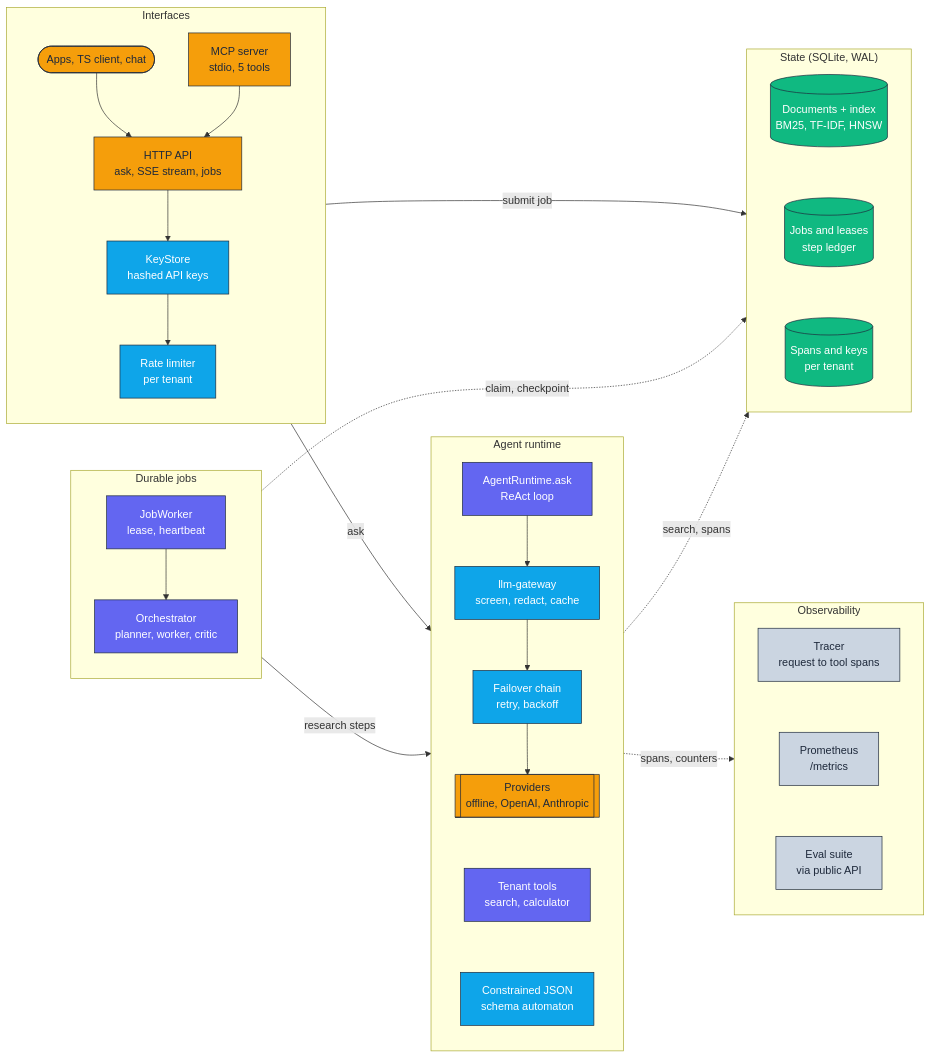
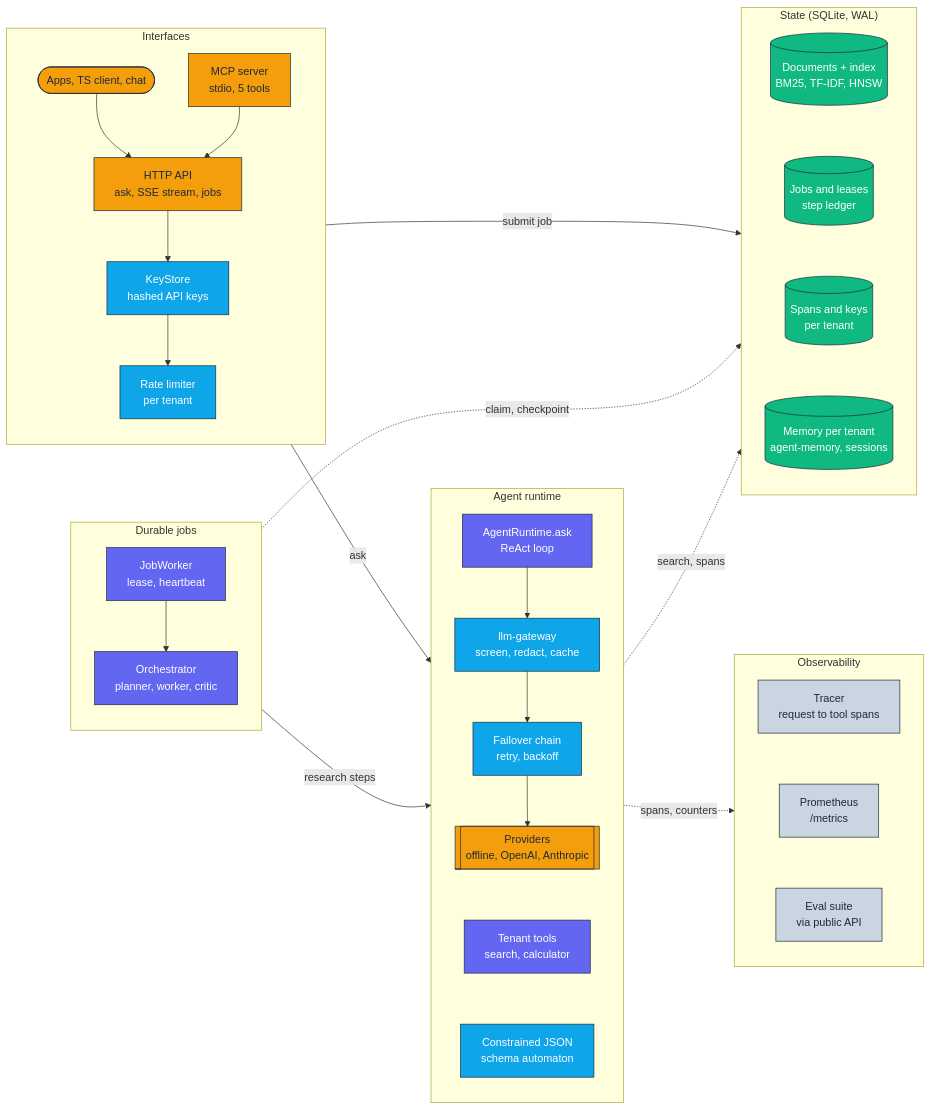
Before and after one commit to adeoluo/agent-platform: the diagram in docs/architecture/architecture.mmd, drawn with Mermaid. The commit also changed 12 other files, not shown here.

First line of the commit message:
Per-tenant conversation memory with cited recall (#1)

```diff
--- a/docs/architecture/architecture.mmd
+++ b/docs/architecture/architecture.mmd
@@ -1,58 +1,59 @@
 flowchart LR
     classDef edge     fill:#F59E0B,stroke:#1E293B,color:#1E293B,stroke-width:1px;
     classDef core     fill:#6366F1,stroke:#1E293B,color:#ffffff,stroke-width:1px;
     classDef data     fill:#10B981,stroke:#1E293B,color:#ffffff,stroke-width:1px;
     classDef control  fill:#0EA5E9,stroke:#1E293B,color:#ffffff,stroke-width:1px;
     classDef obs      fill:#CBD5E1,stroke:#1E293B,color:#1E293B,stroke-width:1px;
 
     subgraph Interfaces["Interfaces"]
         direction TB
         Client([Apps, TS client, chat]):::edge
         MCP["MCP server<br/>stdio, 5 tools"]:::edge
         API["HTTP API<br/>ask, SSE stream, jobs"]:::edge
         Auth["KeyStore<br/>hashed API keys"]:::control
         Limit["Rate limiter<br/>per tenant"]:::control
         Client --> API
         MCP --> API --> Auth --> Limit
     end
 
     subgraph Jobs["Durable jobs"]
         direction TB
         Worker["JobWorker<br/>lease, heartbeat"]:::core
         Orch["Orchestrator<br/>planner, worker, critic"]:::core
         Worker --> Orch
     end
 
     subgraph Runtime["Agent runtime"]
         direction TB
         Agent["AgentRuntime.ask<br/>ReAct loop"]:::core
         Tools["Tenant tools<br/>search, calculator"]:::core
         Gateway["llm-gateway<br/>screen, redact, cache"]:::control
         Failover["Failover chain<br/>retry, backoff"]:::control
         Providers[["Providers<br/>offline, OpenAI, Anthropic"]]:::edge
         Structured["Constrained JSON<br/>schema automaton"]:::control
         Agent --> Gateway --> Failover --> Providers ~~~ Tools ~~~ Structured
     end
 
     subgraph State["State (SQLite, WAL)"]
         direction TB
         Knowledge[("Documents + index<br/>BM25, TF-IDF, HNSW")]:::data
         Ledger[("Jobs and leases<br/>step ledger")]:::data
         Spans[("Spans and keys<br/>per tenant")]:::data
-        Knowledge ~~~ Ledger ~~~ Spans
+        Memory[("Memory per tenant<br/>agent-memory, sessions")]:::data
+        Knowledge ~~~ Ledger ~~~ Spans ~~~ Memory
     end
 
     subgraph Obs["Observability"]
         direction TB
         Tracer["Tracer<br/>request to tool spans"]:::obs
         Metrics["Prometheus<br/>/metrics"]:::obs
         Eval["Eval suite<br/>via public API"]:::obs
         Tracer ~~~ Metrics ~~~ Eval
     end
 
     Interfaces -->|ask| Runtime
     Interfaces -->|submit job| State
     Jobs -->|research steps| Runtime
     Jobs -.->|claim, checkpoint| State
     Runtime -.->|search, spans| State
     Runtime -.->|spans, counters| Obs
```
